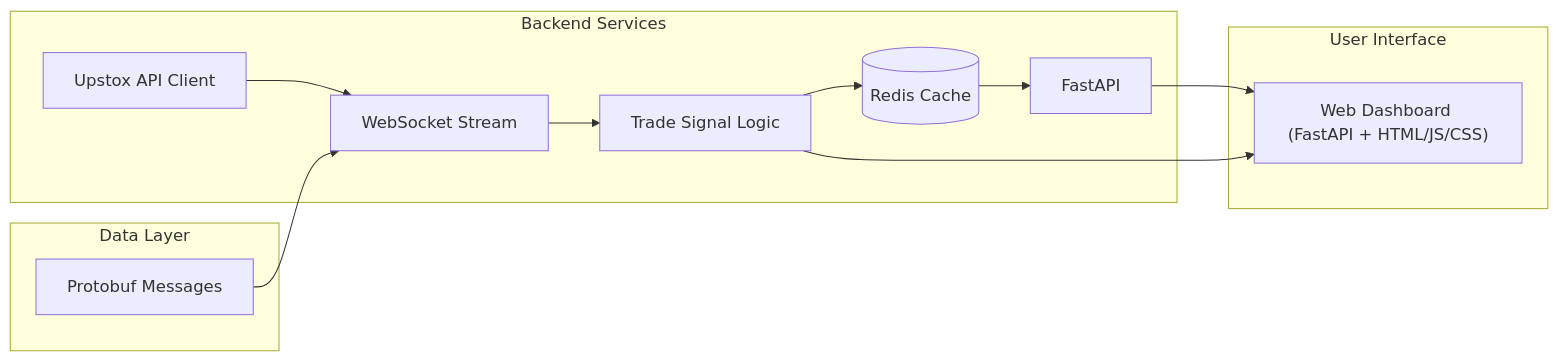
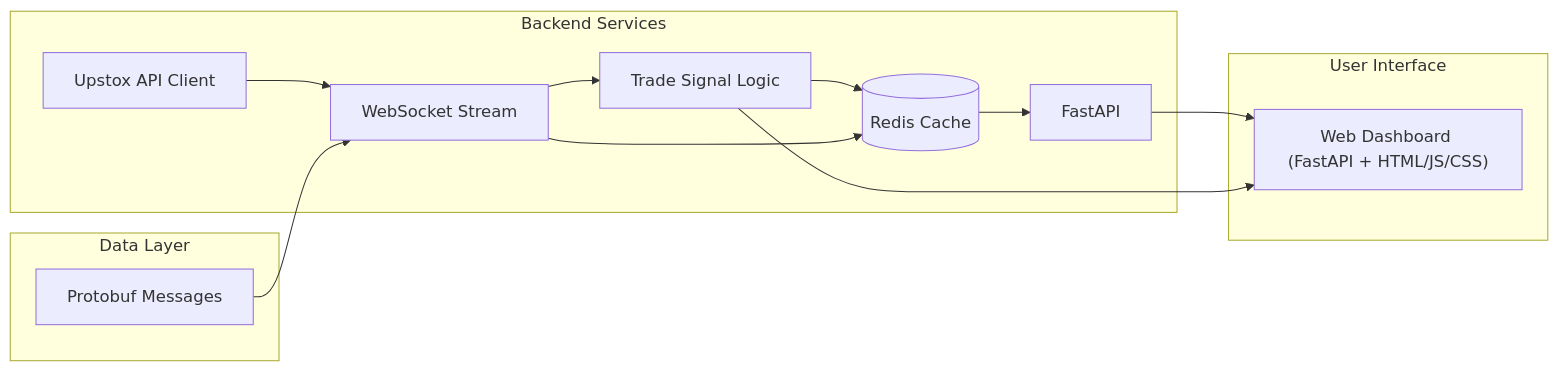
One commit to ArjunXvarma/stock-alert-system changed the diagram in README.md. Above: the diagram before and after it, drawn with Mermaid. The commit also changed other lines of this file, not shown here.

````diff
--- a/README.md
+++ b/README.md
@@ -20,23 +20,24 @@
 ```mermaid
 flowchart LR
     subgraph User["User Interface"]
         UI["Web Dashboard (FastAPI + HTML/JS/CSS)"]
     end
 
     subgraph Backend["Backend Services"]
         WS[WebSocket Stream]
         API[Upstox API Client]
         Logic[Trade Signal Logic]
         Routes[FastAPI]
         Redis[(Redis Cache)]
     end
 
     subgraph Data["Data Layer"]
         Proto[Protobuf Messages]
     end
 
     API --> WS --> Logic --> Redis
+    WS --> Redis
     Redis --> Routes --> UI
     Logic --> UI
     Proto --> WS
 ```
````
